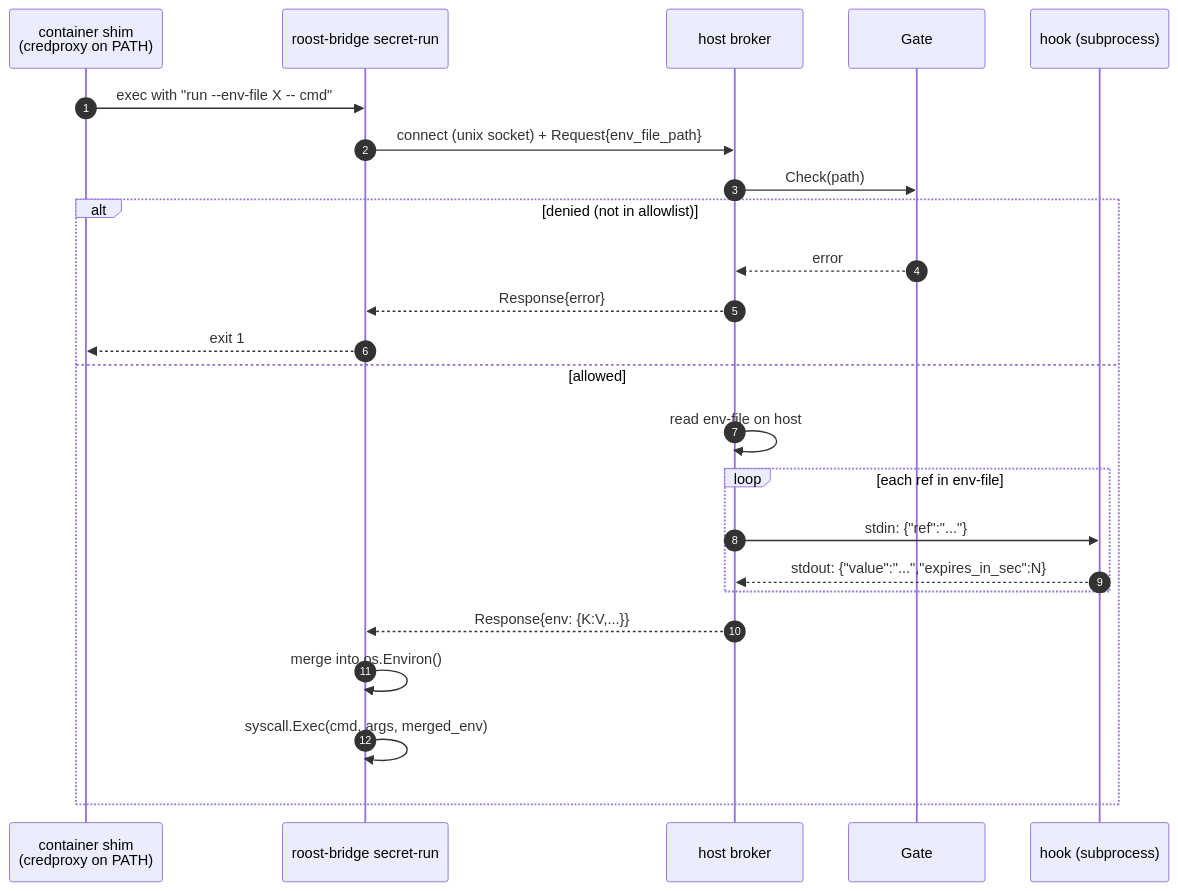
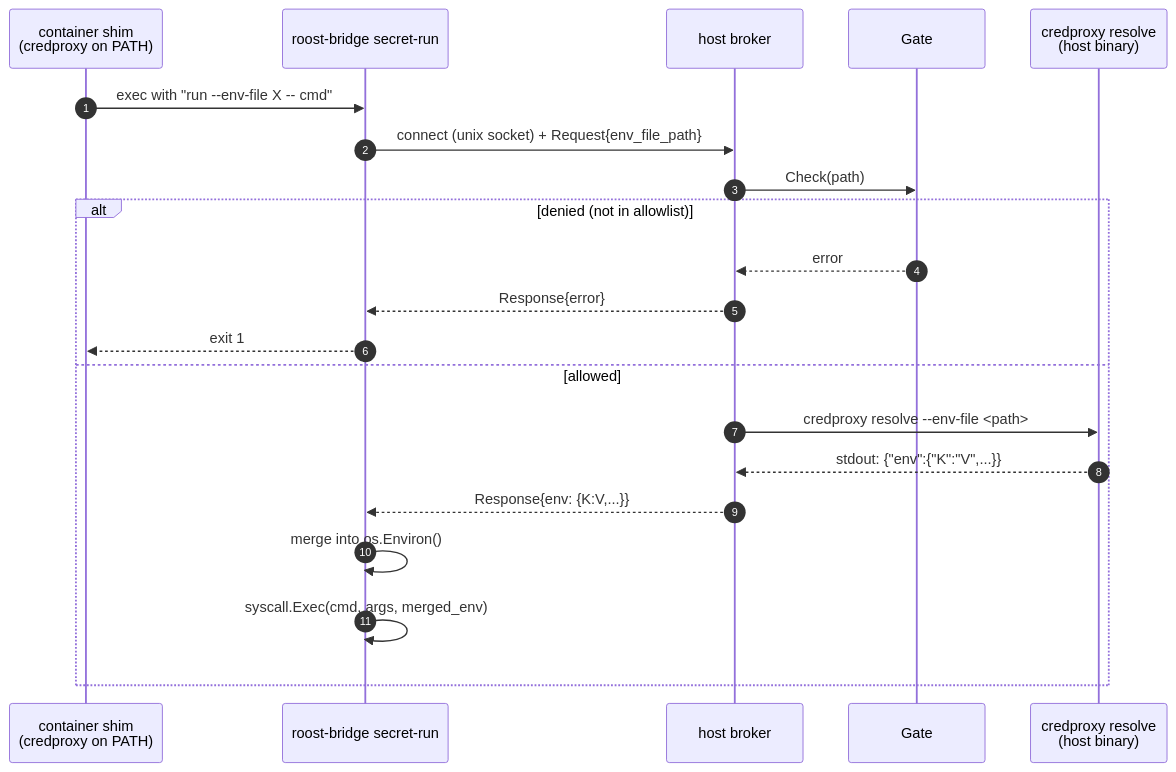
The fourth of 4 diagrams in docs/technical/platform/brokers.md (takezoh/agent-grid), drawn with Mermaid before and after one commit. The commit also changed other lines of this file and 10 other files, not shown here.

First line of the commit message:
refactor(secretenv): delegate resolution to host credproxy; remove hook from roost config

````diff
--- a/docs/technical/platform/brokers.md
+++ b/docs/technical/platform/brokers.md
@@ -136,27 +136,24 @@
 ```mermaid
 sequenceDiagram
     autonumber
     participant SH as container shim<br/>(credproxy on PATH)
     participant RB as roost-bridge secret-run
     participant BR as host broker
     participant GE as Gate
-    participant HK as hook (subprocess)
+    participant CP as credproxy resolve<br/>(host binary)
 
     SH->>RB: exec with "run --env-file X -- cmd"
     RB->>BR: connect (unix socket) + Request{env_file_path}
     BR->>GE: Check(path)
     alt denied (not in allowlist)
         GE-->>BR: error
         BR-->>RB: Response{error}
         RB-->>SH: exit 1
     else allowed
-        BR->>BR: read env-file on host
-        loop each ref in env-file
-            BR->>HK: stdin: {"ref":"..."}
-            HK-->>BR: stdout: {"value":"...","expires_in_sec":N}
-        end
+        BR->>CP: credproxy resolve --env-file <path>
+        CP-->>BR: stdout: {"env":{"K":"V",...}}
         BR-->>RB: Response{env: {K:V,...}}
         RB->>RB: merge into os.Environ()
         RB->>RB: syscall.Exec(cmd, args, merged_env)
     end
 ```
````
